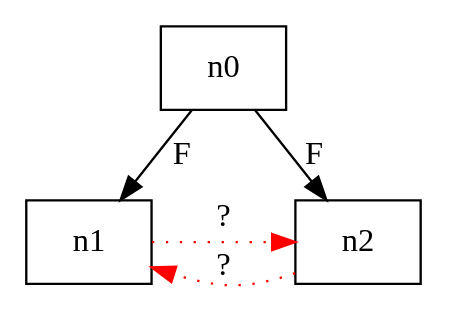
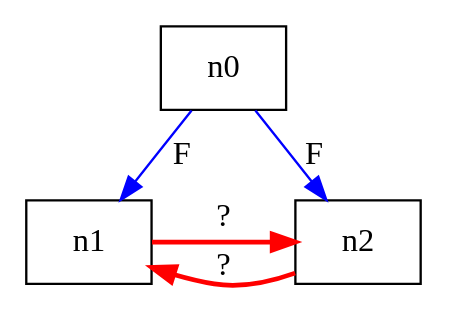
Before and after one commit to stg-tud/apsa: the diagram in 2019/1-Introduction/irreducible-partitionededges.dot, drawn with Graphviz. The commit also changed 10 other files, not shown here.

```diff
--- a/2019/1-Introduction/irreducible-partitionededges.dot
+++ b/2019/1-Introduction/irreducible-partitionededges.dot
@@ -1,10 +1,10 @@
 digraph reducible {
 graph [ranksep="0.325", nodesep="0.425"];
 node[shape=rectangle];
 
- n0 -> n1 [label=F];
- n0 -> n2 [label=F];
- n1 -> n2 [label="?", style=dotted, color=red];
- n2 -> n1 [label="?", style=dotted, pendwithd=5, color=red];
+ n0 -> n1 [label=F, color=blue];
+ n0 -> n2 [label=F, color=blue];
+ n1 -> n2 [label="?", style=bold, color=red];
+ n2 -> n1 [label="?", style=bold, pendwithd=5, color=red];
  {rank = same; n1; n2;}
 }
```
